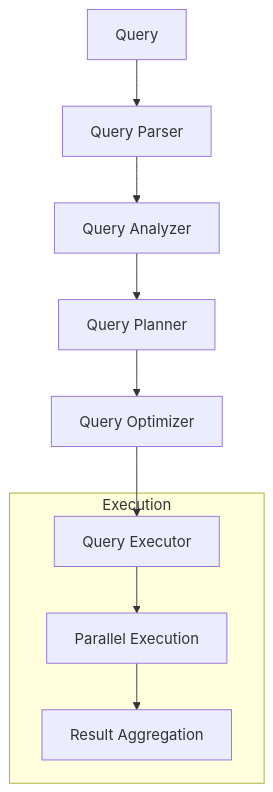
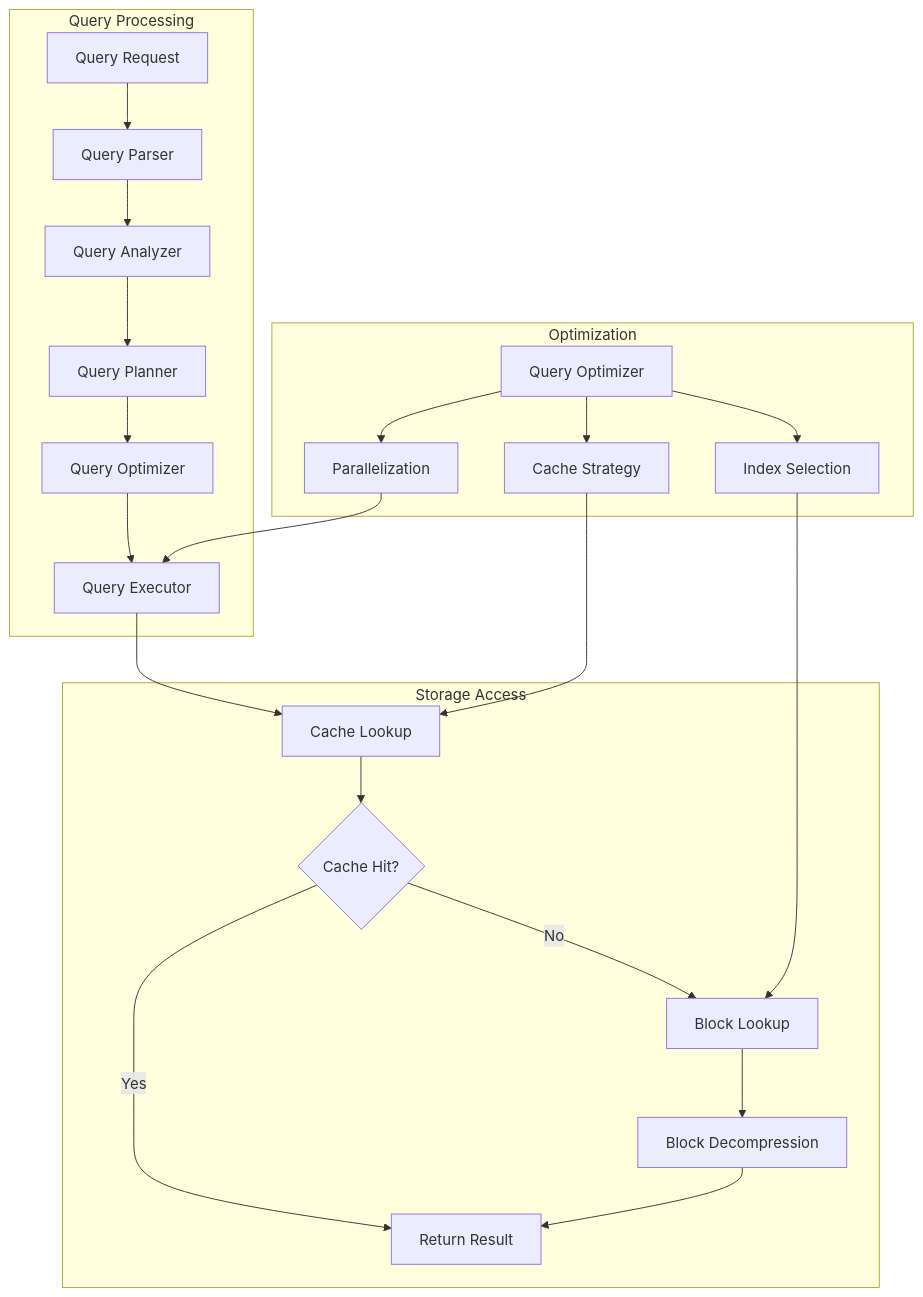
The tenth of 12 diagrams in diagrams.md (vobbilis/mytsdb), drawn with Mermaid before and after one commit. The commit also changed other lines of this file, not shown here.

Commit message:
Update diagrams.md with comprehensive TSDB architecture reflecting all implemented features and integration plans

````diff
--- a/diagrams.md
+++ b/diagrams.md
@@ -136,13 +432,29 @@
 ```mermaid
 graph TB
-    Query[Query] --> Parser[Query Parser]
-    Parser --> Analyzer[Query Analyzer]
-    Analyzer --> Planner[Query Planner]
-    Planner --> Optimizer[Query Optimizer]
-    Optimizer --> Executor[Query Executor]
+    subgraph Query Processing
+        Query[Query Request] --> Parser[Query Parser]
+        Parser --> Analyzer[Query Analyzer]
+        Analyzer --> Planner[Query Planner]
+        Planner --> Optimizer[Query Optimizer]
+        Optimizer --> Executor[Query Executor]
+    end
     
-    subgraph Execution
-        Executor --> ParallelExec[Parallel Execution]
-        ParallelExec --> Results[Result Aggregation]
+    subgraph Storage Access
+        Executor --> CacheLookup[Cache Lookup]
+        CacheLookup --> CacheHit{Cache Hit?}
+        CacheHit -->|Yes| ReturnResult[Return Result]
+        CacheHit -->|No| BlockLookup[Block Lookup]
+        BlockLookup --> BlockDecompression[Block Decompression]
+        BlockDecompression --> ReturnResult
     end
-``` 
+    
+    subgraph Optimization
+        QueryOptimizer[Query Optimizer] --> IndexSelection[Index Selection]
+        QueryOptimizer --> CacheStrategy[Cache Strategy]
+        QueryOptimizer --> Parallelization[Parallelization]
+        
+        IndexSelection --> BlockLookup
+        CacheStrategy --> CacheLookup
+        Parallelization --> Executor
+    end
+```
````
